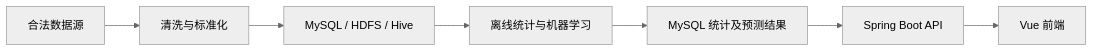
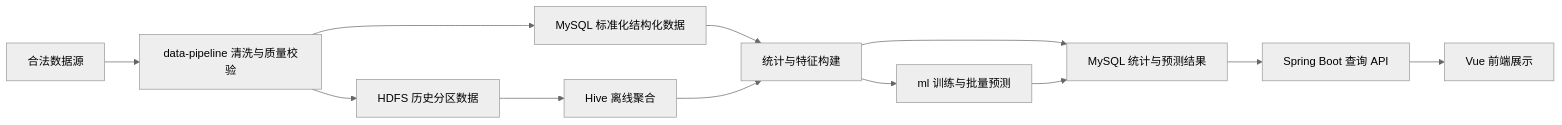
The diagram in docs/architecture/overview.md (xingyu-wind/urban-commute-analysis), drawn with Mermaid (neutral theme) before and after one commit. The commit also changed other lines of this file and 1 other file, not shown here.

First line of the commit message:
docs: clarify architecture and record S1 evidence (#1)

````diff
--- a/docs/architecture/overview.md
+++ b/docs/architecture/overview.md
@@ -5,9 +13,14 @@
 ```mermaid
 flowchart LR
-    A[合法数据源] --> B[清洗与标准化]
-    B --> C[MySQL / HDFS / Hive]
-    C --> D[离线统计与机器学习]
-    D --> E[MySQL 统计及预测结果]
-    E --> F[Spring Boot API]
-    F --> G[Vue 前端]
+    A[合法数据源] --> B[data-pipeline 清洗与质量校验]
+    B --> C[MySQL 标准化结构化数据]
+    B --> D[HDFS 历史分区数据]
+    D --> E[Hive 离线聚合]
+    C --> F[统计与特征构建]
+    E --> F
+    F --> G[ml 训练与批量预测]
+    F --> H[MySQL 统计与预测结果]
+    G --> H
+    H --> I[Spring Boot 查询 API]
+    I --> J[Vue 前端展示]
 ```
````
